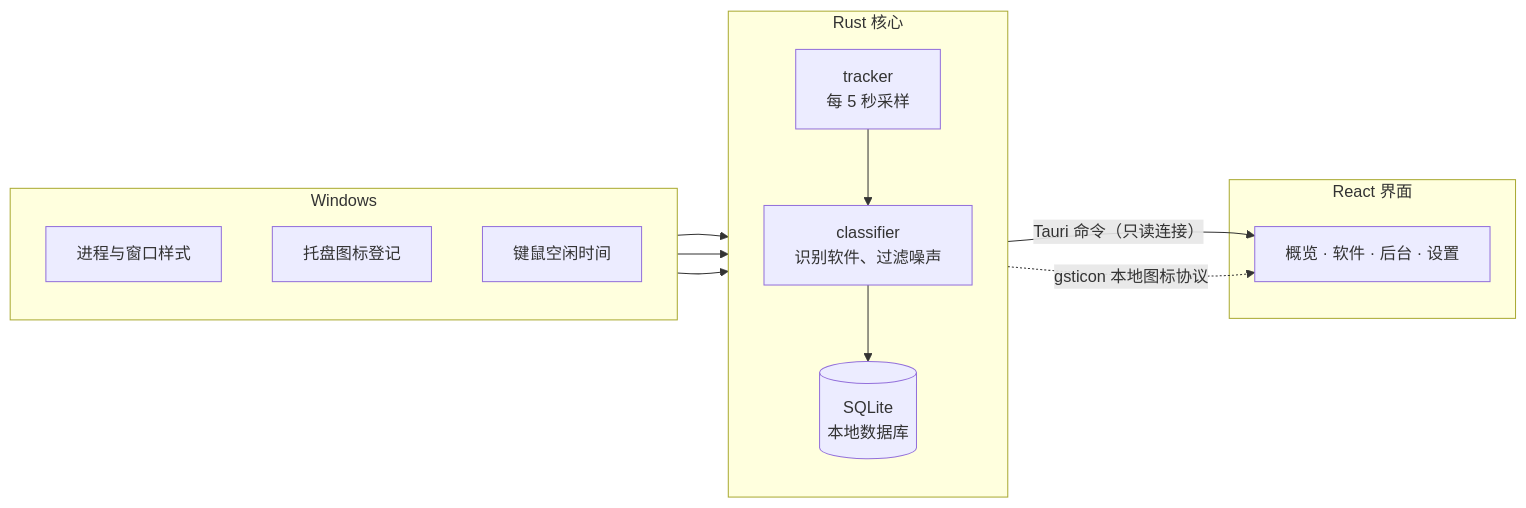
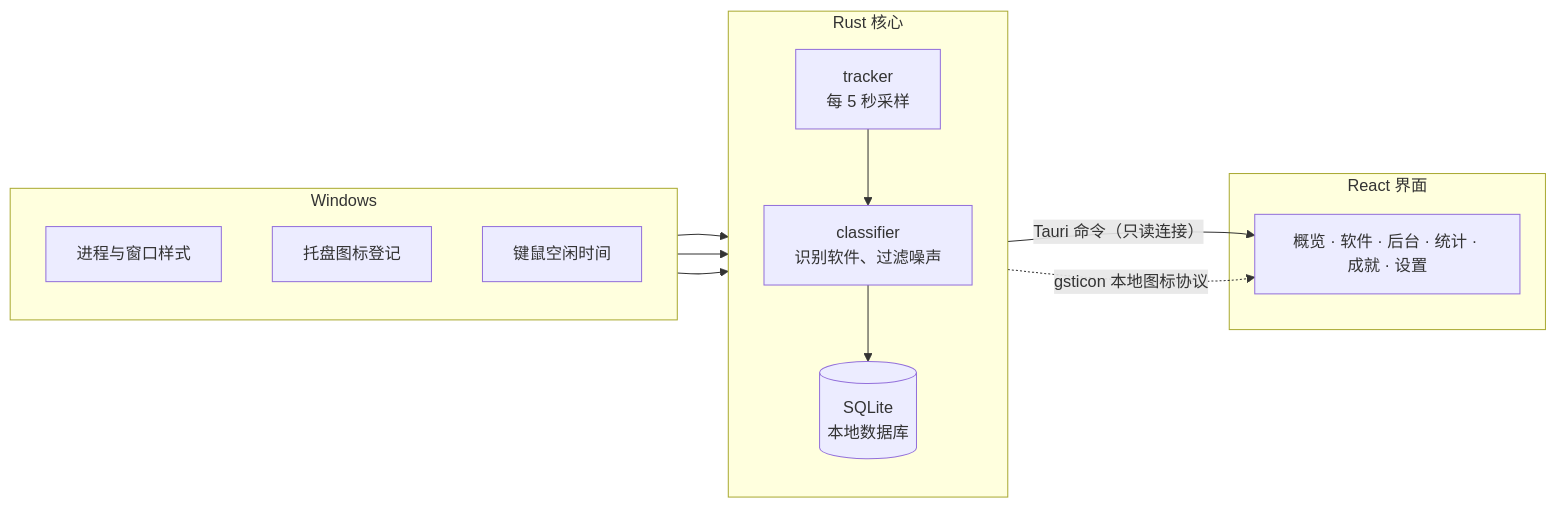
The diagram in README.md (Awes0meE/Global-Software-Timer), drawn with Mermaid before and after one commit. The commit also changed other lines of this file and 14 other files, not shown here.

````diff
--- a/README.md
+++ b/README.md
@@ -311,24 +338,24 @@
 ```mermaid
 flowchart LR
     subgraph OS["Windows"]
         direction TB
         P["进程与窗口样式"]
         T["托盘图标登记"]
         I["键鼠空闲时间"]
     end
     subgraph Core["Rust 核心"]
         direction TB
         TR["tracker<br/>每 5 秒采样"]
         CL["classifier<br/>识别软件、过滤噪声"]
         DB[("SQLite<br/>本地数据库")]
     end
     subgraph UI["React 界面"]
-        D["概览 · 软件 · 后台 · 设置"]
+        D["概览 · 软件 · 后台 · 统计 · 成就 · 设置"]
     end
     P --> TR
     T --> TR
     I --> TR
     TR --> CL --> DB
     DB -- "Tauri 命令（只读连接）" --> D
     Core -. "gsticon 本地图标协议" .-> D
 ```
````
